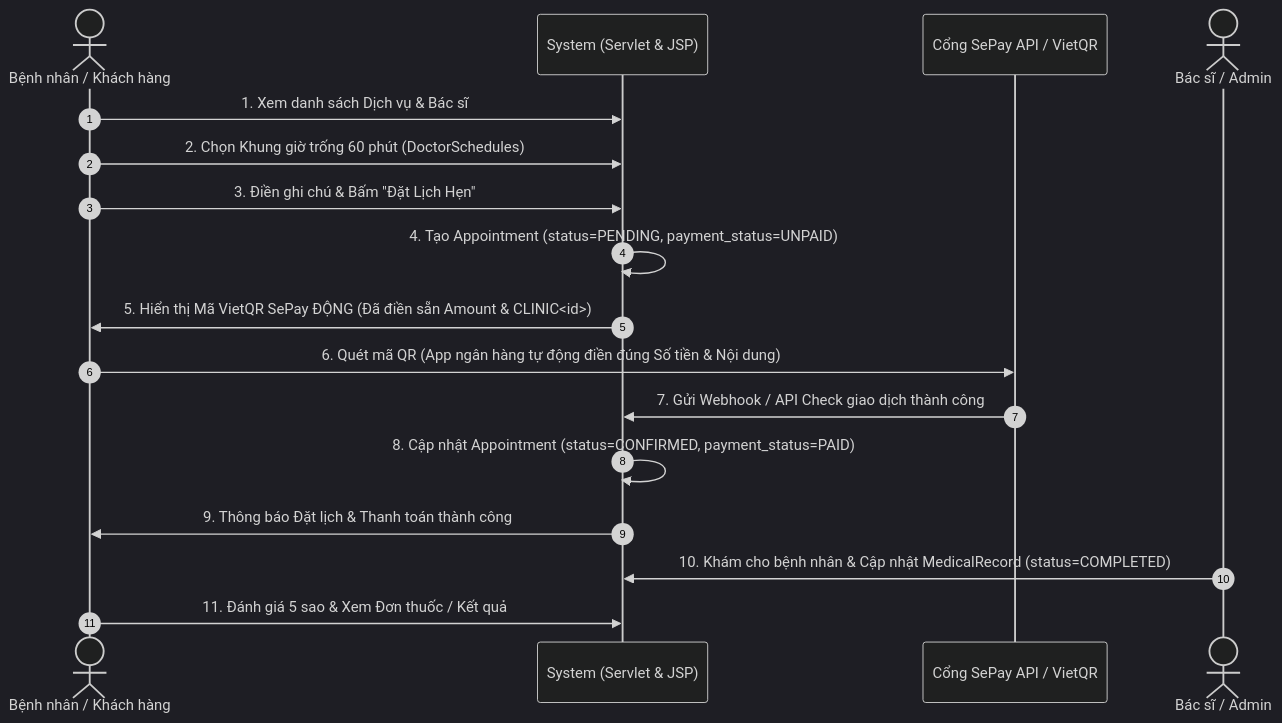
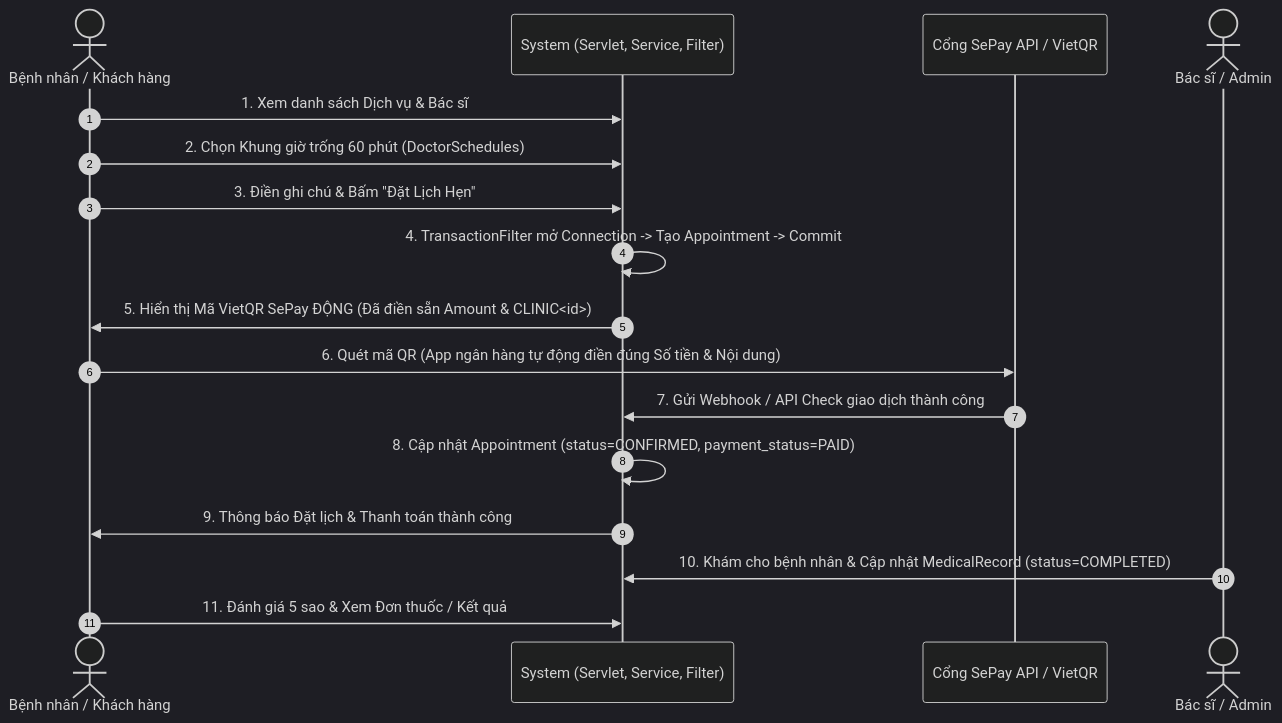
One commit to Duykhobo/PRJ301_Clinic changed the fourth of 7 diagrams in Topic_Proposal_PRJ301.md. Above: the diagram before and after it, drawn with Mermaid (dark theme). The commit also changed other lines of this file and 67 other files, not shown here.

Commit message:
feat: initialize clinic management system with core MVC architecture, security filters, and user role dashboards

````diff
--- a/Topic_Proposal_PRJ301.md
+++ b/Topic_Proposal_PRJ301.md
@@ -261,20 +300,21 @@
 ```mermaid
 sequenceDiagram
     autonumber
     actor Patient as Bệnh nhân / Khách hàng
-    participant System as System (Servlet & JSP)
+    participant System as System (Servlet, Service, Filter)
     participant SePay as Cổng SePay API / VietQR
     actor Doctor as Bác sĩ / Admin
 
     Patient->>System: 1. Xem danh sách Dịch vụ & Bác sĩ
     Patient->>System: 2. Chọn Khung giờ trống 60 phút (DoctorSchedules)
     Patient->>System: 3. Điền ghi chú & Bấm "Đặt Lịch Hẹn"
-    System->>System: 4. Tạo Appointment (status=PENDING, payment_status=UNPAID)
+    System->>System: 4. TransactionFilter mở Connection -> Tạo Appointment -> Commit
     System->>Patient: 5. Hiển thị Mã VietQR SePay ĐỘNG (Đã điền sẵn Amount & CLINIC<id>)
     Patient->>SePay: 6. Quét mã QR (App ngân hàng tự động điền đúng Số tiền & Nội dung)
     SePay->>System: 7. Gửi Webhook / API Check giao dịch thành công
     System->>System: 8. Cập nhật Appointment (status=CONFIRMED, payment_status=PAID)
     System->>Patient: 9. Thông báo Đặt lịch & Thanh toán thành công
     Doctor->>System: 10. Khám cho bệnh nhân & Cập nhật MedicalRecord (status=COMPLETED)
     Patient->>System: 11. Đánh giá 5 sao & Xem Đơn thuốc / Kết quả
+
 ```
````
